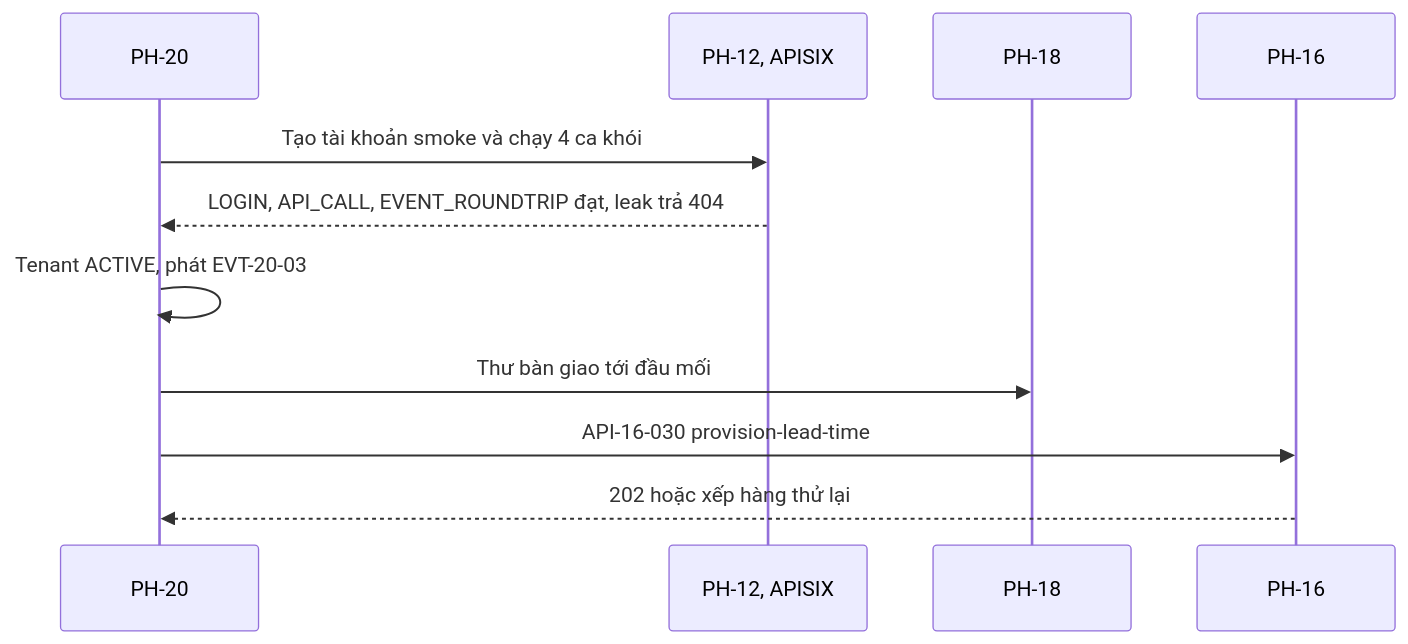
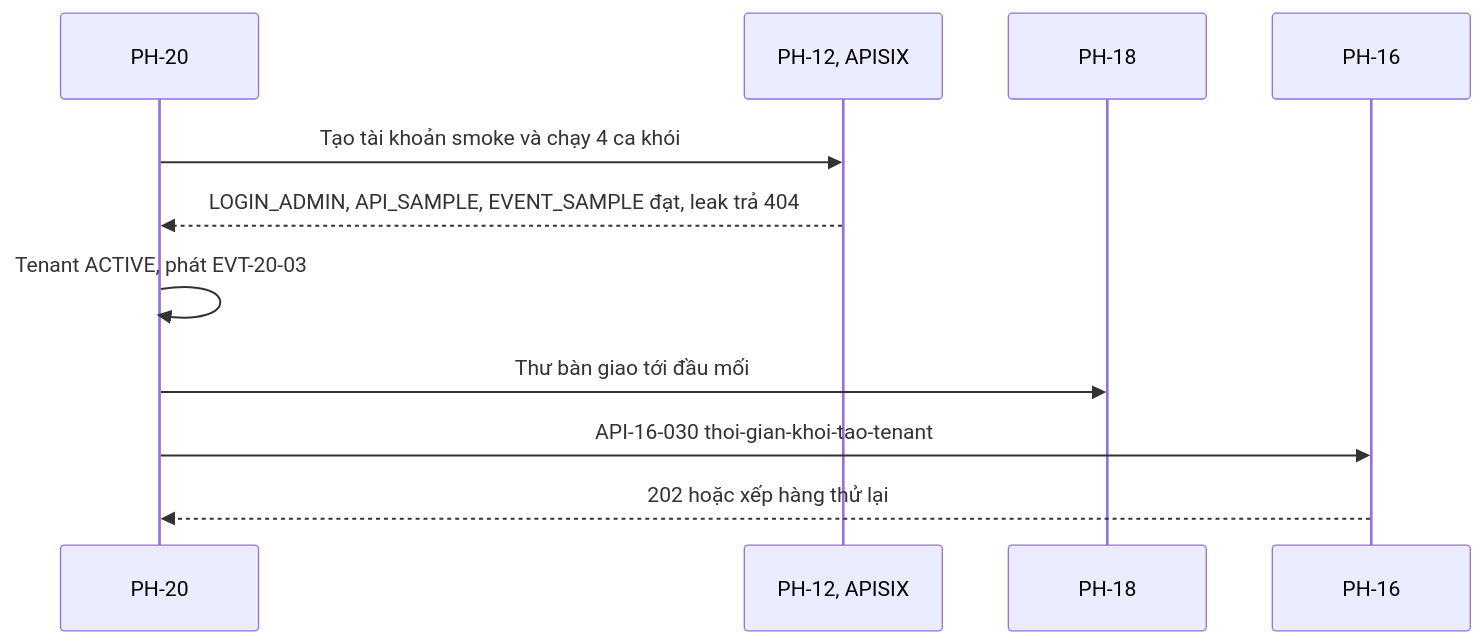
One commit to caprocute/DATAHUB changed the ninth of 19 diagrams in datahub-docs/02-yeu-cau/use-case/D02-04-PH20-use-case-quan-tri-tenant.md. Above: the diagram before and after it, drawn with Mermaid. The commit also changed other lines of this file and 55 other files, not shown here.

````diff
--- a/datahub-docs/02-yeu-cau/use-case/D02-04-PH20-use-case-quan-tri-tenant.md
+++ b/datahub-docs/02-yeu-cau/use-case/D02-04-PH20-use-case-quan-tri-tenant.md
@@ -821,13 +821,13 @@
 ```{.mermaid caption="Trình tự kiểm tra khói, kích hoạt và đo KPI-12"}
 sequenceDiagram
   participant K as PH-20
   participant I as PH-12, APISIX
   participant H as PH-18
   participant Q as PH-16
   K->>I: Tạo tài khoản smoke và chạy 4 ca khói
-  I-->>K: LOGIN, API_CALL, EVENT_ROUNDTRIP đạt, leak trả 404
+  I-->>K: LOGIN_ADMIN, API_SAMPLE, EVENT_SAMPLE đạt, leak trả 404
   K->>K: Tenant ACTIVE, phát EVT-20-03
   K->>H: Thư bàn giao tới đầu mối
-  K->>Q: API-16-030 provision-lead-time
+  K->>Q: API-16-030 thoi-gian-khoi-tao-tenant
   Q-->>K: 202 hoặc xếp hàng thử lại
 ```
````
